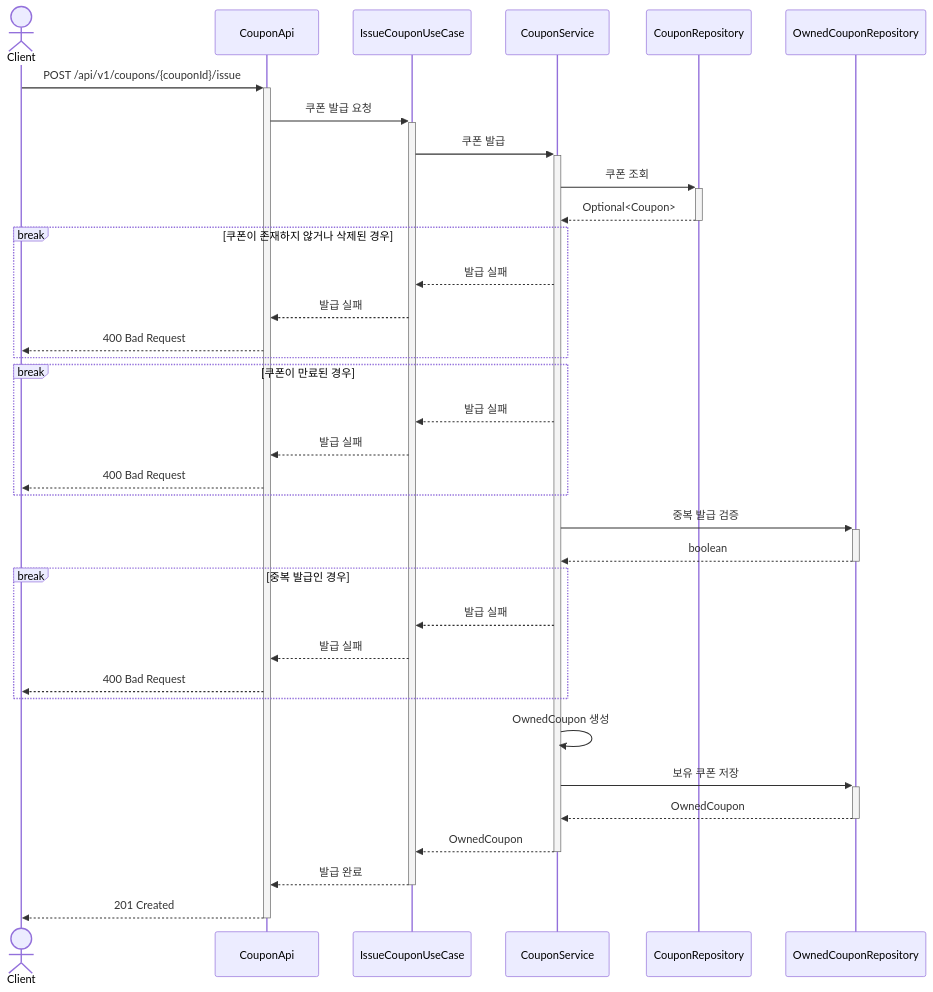
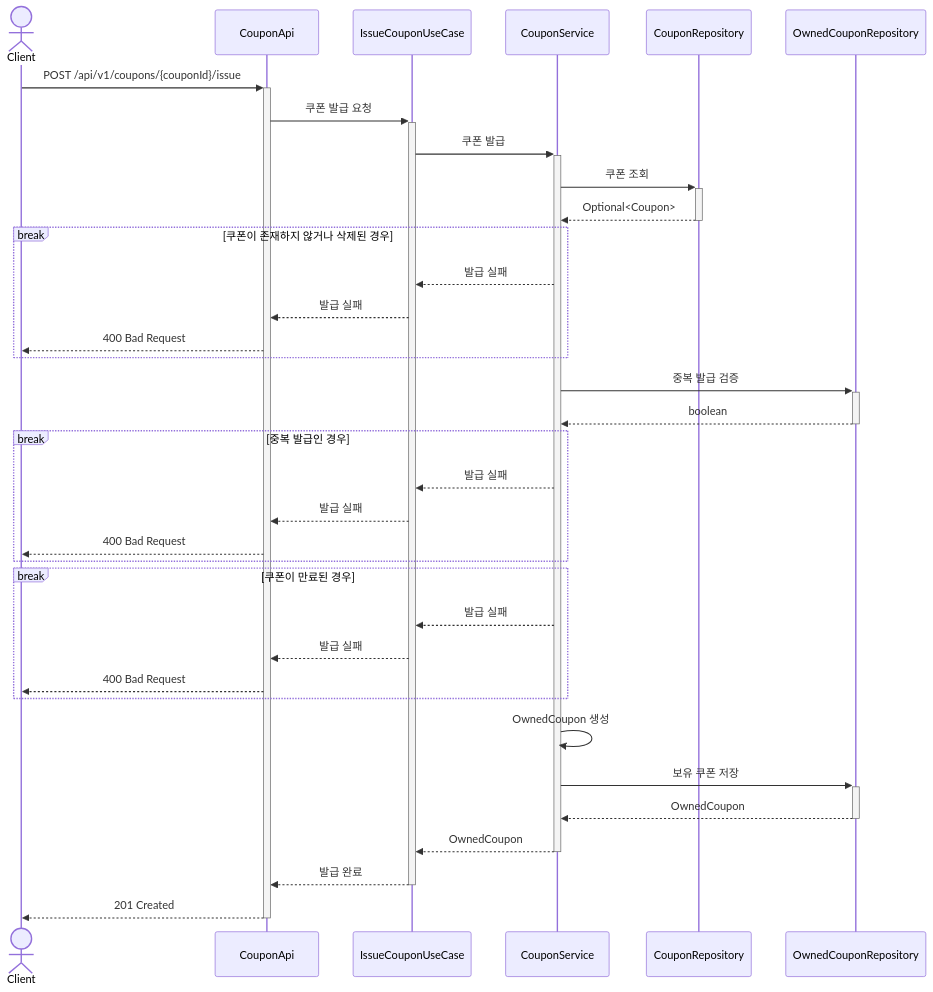
One commit to Loopers-dev-lab/loop-pack-be-l2-vol3-java changed diagram 25 of 31 in .docs/design/02-sequence-diagrams.md. Above: the diagram before and after it, drawn with Mermaid. The commit also changed other lines of this file and 21 other files, not shown here.

````diff
--- a/.docs/design/02-sequence-diagrams.md
+++ b/.docs/design/02-sequence-diagrams.md
@@ -846,45 +846,45 @@
 ```mermaid
 sequenceDiagram
     actor Client
     participant CouponApi
     participant IssueCouponUseCase
     participant CouponService
     participant CouponRepository
     participant OwnedCouponRepository
 
     Client ->>+ CouponApi: POST /api/v1/coupons/{couponId}/issue
     CouponApi ->>+ IssueCouponUseCase: 쿠폰 발급 요청
 
     IssueCouponUseCase ->>+ CouponService: 쿠폰 발급
     CouponService ->>+ CouponRepository: 쿠폰 조회
     CouponRepository -->>- CouponService: Optional<Coupon>
 
     break 쿠폰이 존재하지 않거나 삭제된 경우
         CouponService -->> IssueCouponUseCase: 발급 실패
         IssueCouponUseCase -->> CouponApi: 발급 실패
         CouponApi -->> Client: 400 Bad Request
     end
 
-    break 쿠폰이 만료된 경우
+    CouponService ->>+ OwnedCouponRepository: 중복 발급 검증
+    OwnedCouponRepository -->>- CouponService: boolean
+
+    break 중복 발급인 경우
         CouponService -->> IssueCouponUseCase: 발급 실패
         IssueCouponUseCase -->> CouponApi: 발급 실패
         CouponApi -->> Client: 400 Bad Request
     end
 
-    CouponService ->>+ OwnedCouponRepository: 중복 발급 검증
-    OwnedCouponRepository -->>- CouponService: boolean
-
-    break 중복 발급인 경우
+    break 쿠폰이 만료된 경우
         CouponService -->> IssueCouponUseCase: 발급 실패
         IssueCouponUseCase -->> CouponApi: 발급 실패
         CouponApi -->> Client: 400 Bad Request
     end
 
     CouponService ->> CouponService: OwnedCoupon 생성
     CouponService ->>+ OwnedCouponRepository: 보유 쿠폰 저장
     OwnedCouponRepository -->>- CouponService: OwnedCoupon
 
     CouponService -->>- IssueCouponUseCase: OwnedCoupon
     IssueCouponUseCase -->>- CouponApi: 발급 완료
     CouponApi -->>- Client: 201 Created
 ```
````
